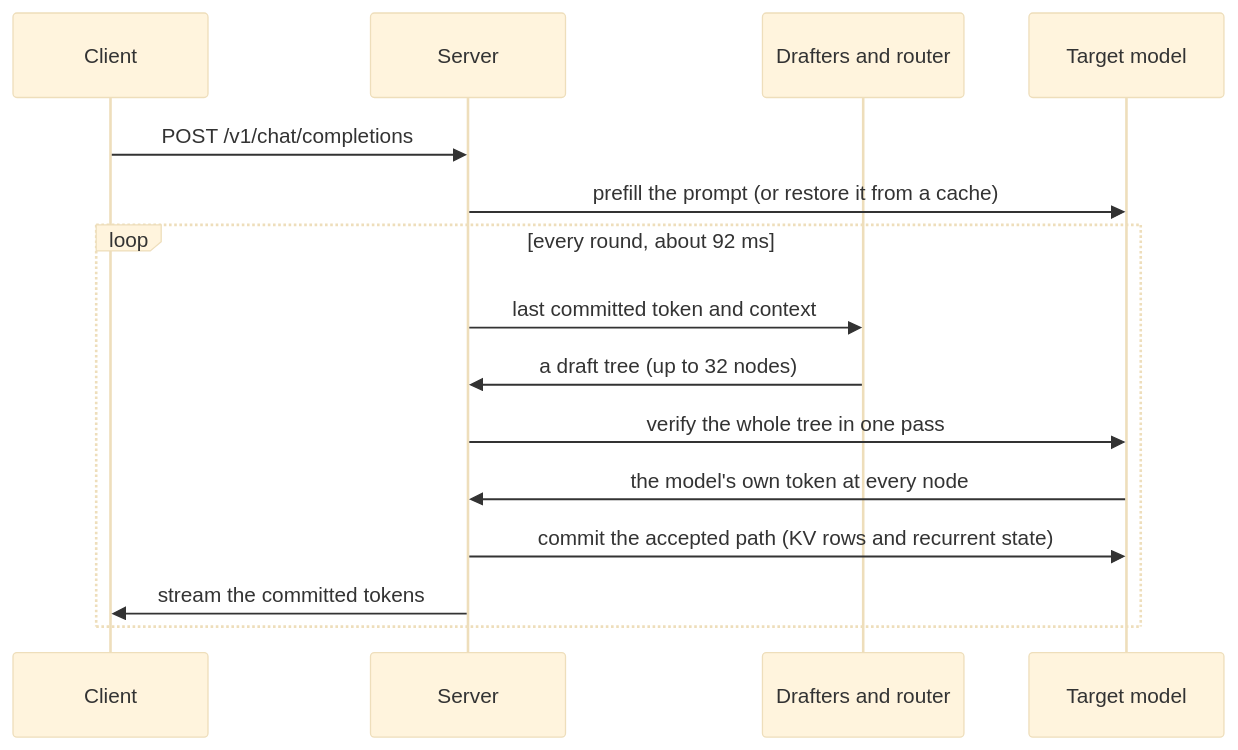
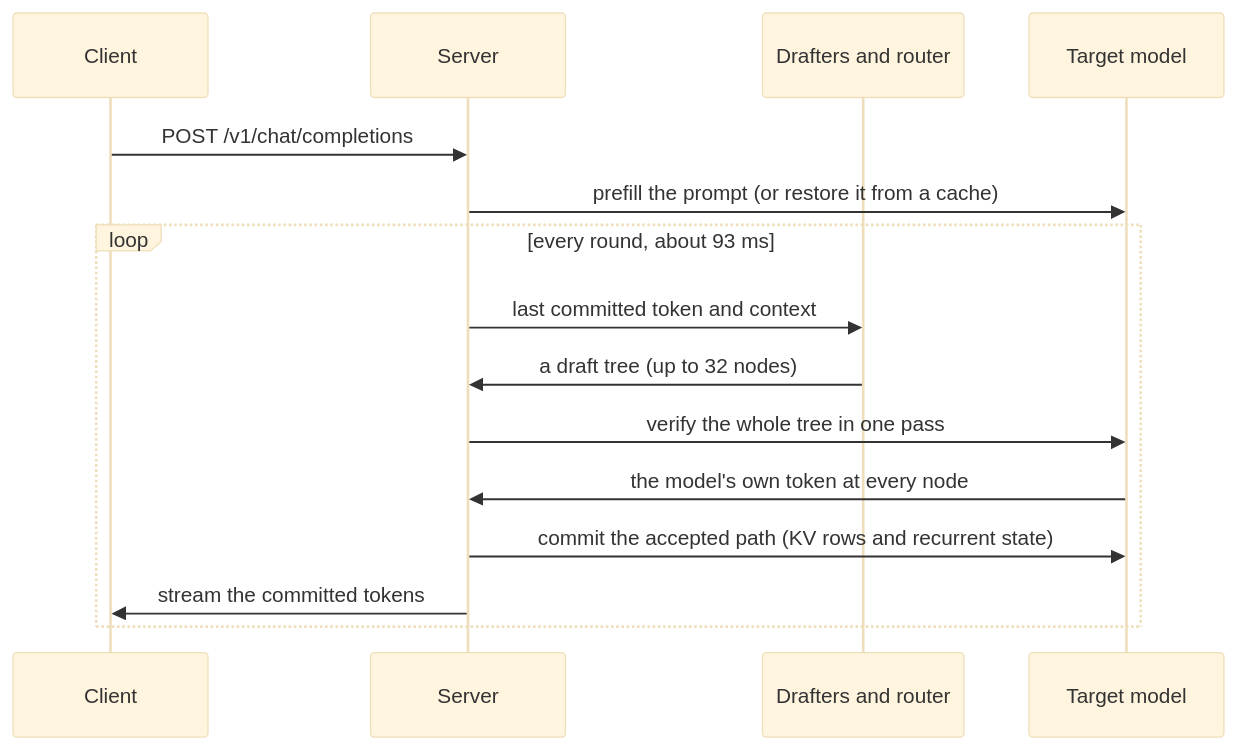
One commit to 0xBakeer/TandemLLM changed the first of 2 diagrams in docs/architecture.md. Above: the diagram before and after it, drawn with Mermaid (base theme). The commit also changed other lines of this file and 13 other files, not shown here.

````diff
--- a/docs/architecture.md
+++ b/docs/architecture.md
@@ -52,17 +52,17 @@
 ```mermaid
 sequenceDiagram
     participant C as Client
     participant S as Server
     participant D as Drafters and router
     participant M as Target model
     C->>S: POST /v1/chat/completions
     S->>M: prefill the prompt (or restore it from a cache)
-    loop every round, about 92 ms
+    loop every round, about 93 ms
         S->>D: last committed token and context
         D->>S: a draft tree (up to 32 nodes)
         S->>M: verify the whole tree in one pass
         M->>S: the model's own token at every node
         S->>M: commit the accepted path (KV rows and recurrent state)
         S->>C: stream the committed tokens
     end
 ```
````
